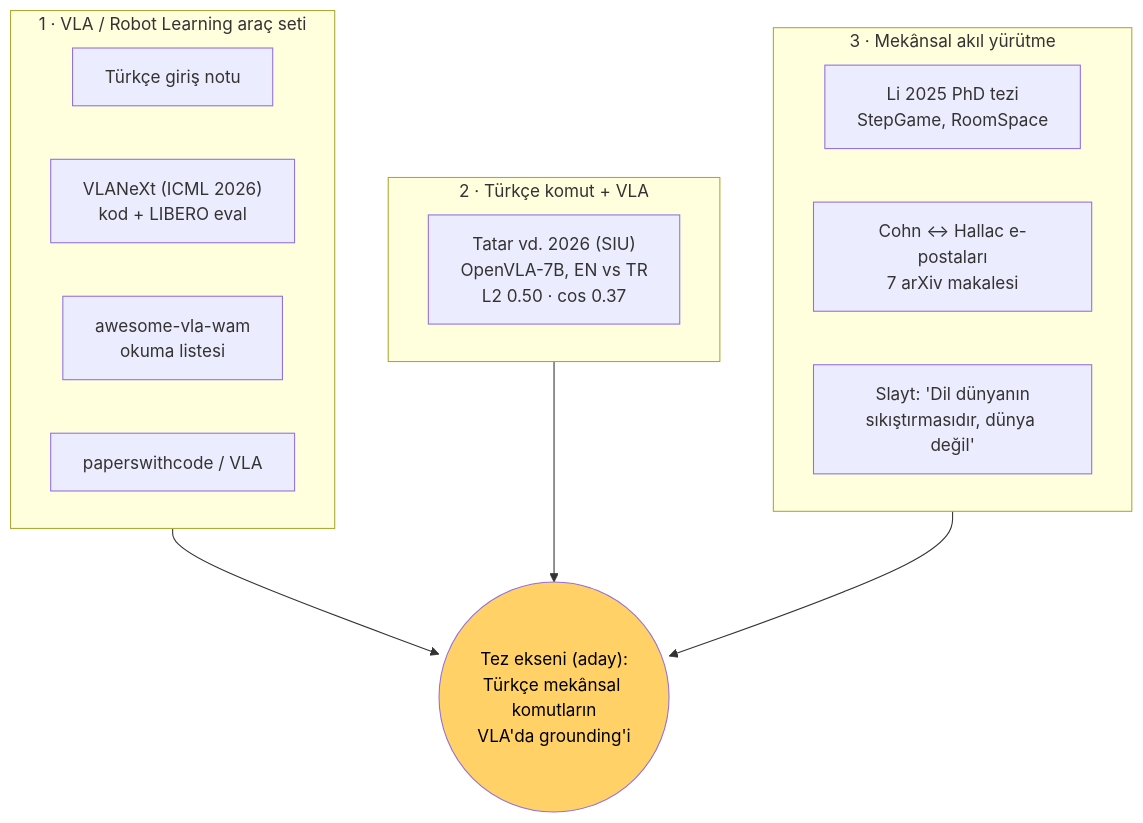
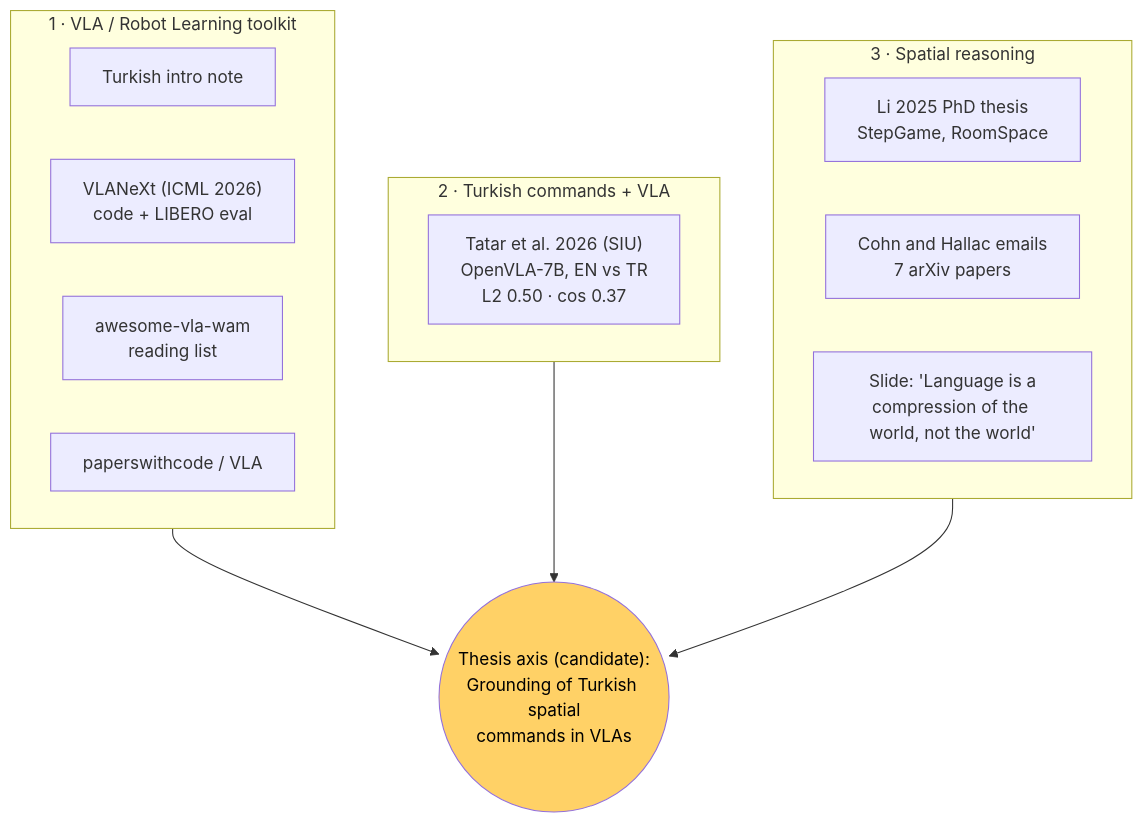
One commit to mesutd0nmez/vla-robot-learning-tr changed the diagram in lectures/images/lecture-01/05-source-map.mmd. Above: the diagram before and after it, drawn with Mermaid. The commit also changed 430 other files, not shown here.

```diff
--- a/lectures/images/lecture-01/05-source-map.mmd
+++ b/lectures/images/lecture-01/05-source-map.mmd
@@ -1,20 +1,20 @@
 flowchart TB
-    TEZ(("Tez ekseni (aday):<br/>Türkçe mekânsal komutların<br/>VLA'da grounding'i"))
-    subgraph A["1 · VLA / Robot Learning araç seti"]
-        A1["Türkçe giriş notu"]
-        A2["VLANeXt (ICML 2026)<br/>kod + LIBERO eval"]
-        A3["awesome-vla-wam<br/>okuma listesi"]
+    TEZ(("Thesis axis (candidate):<br/>Grounding of Turkish spatial<br/>commands in VLAs"))
+    subgraph A["1 · VLA / Robot Learning toolkit"]
+        A1["Turkish intro note"]
+        A2["VLANeXt (ICML 2026)<br/>code + LIBERO eval"]
+        A3["awesome-vla-wam<br/>reading list"]
         A4["paperswithcode / VLA"]
     end
-    subgraph B["2 · Türkçe komut + VLA"]
-        B1["Tatar vd. 2026 (SIU)<br/>OpenVLA-7B, EN vs TR<br/>L2 0.50 · cos 0.37"]
+    subgraph B["2 · Turkish commands + VLA"]
+        B1["Tatar et al. 2026 (SIU)<br/>OpenVLA-7B, EN vs TR<br/>L2 0.50 · cos 0.37"]
     end
-    subgraph Cc["3 · Mekânsal akıl yürütme"]
-        C1["Li 2025 PhD tezi<br/>StepGame, RoomSpace"]
-        C2["Cohn ↔ Hallac e-postaları<br/>7 arXiv makalesi"]
-        C3["Slayt: 'Dil dünyanın<br/>sıkıştırmasıdır, dünya değil'"]
+    subgraph Cc["3 · Spatial reasoning"]
+        C1["Li 2025 PhD thesis<br/>StepGame, RoomSpace"]
+        C2["Cohn and Hallac emails<br/>7 arXiv papers"]
+        C3["Slide: 'Language is a<br/>compression of the world, not the world'"]
     end
     A --> TEZ
     B --> TEZ
     Cc --> TEZ
     style TEZ fill:#ffd166,color:#000
```
